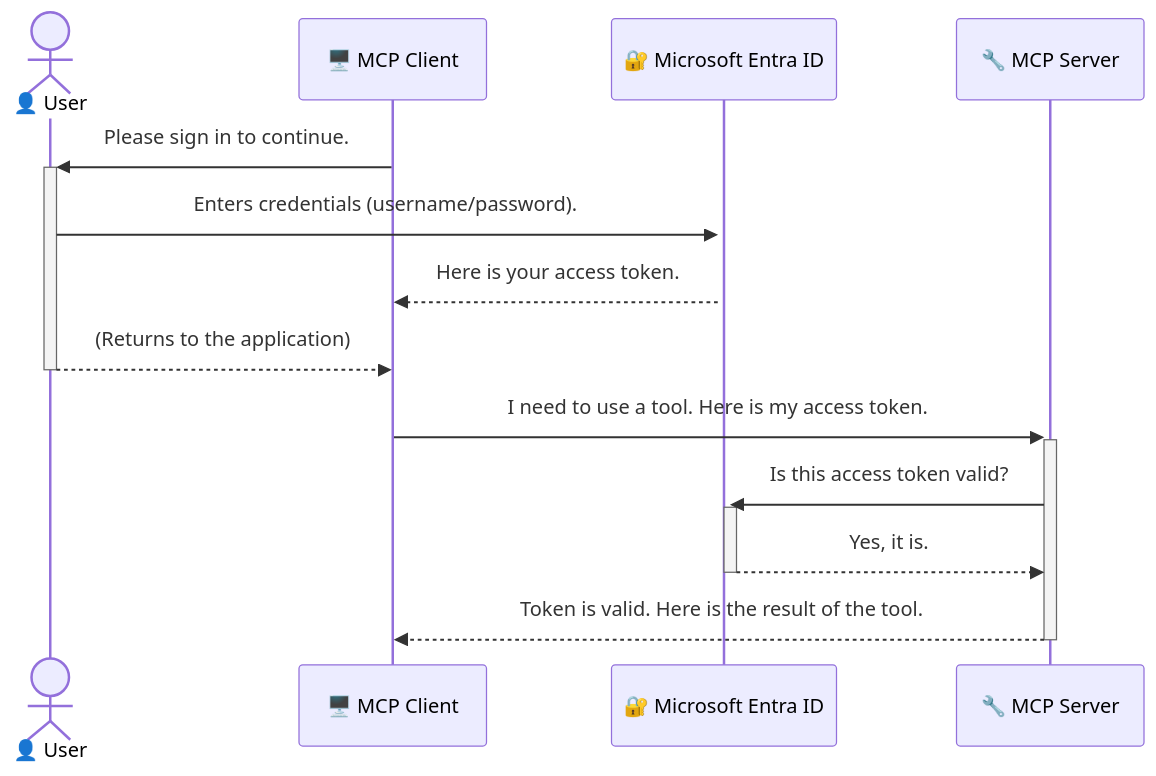
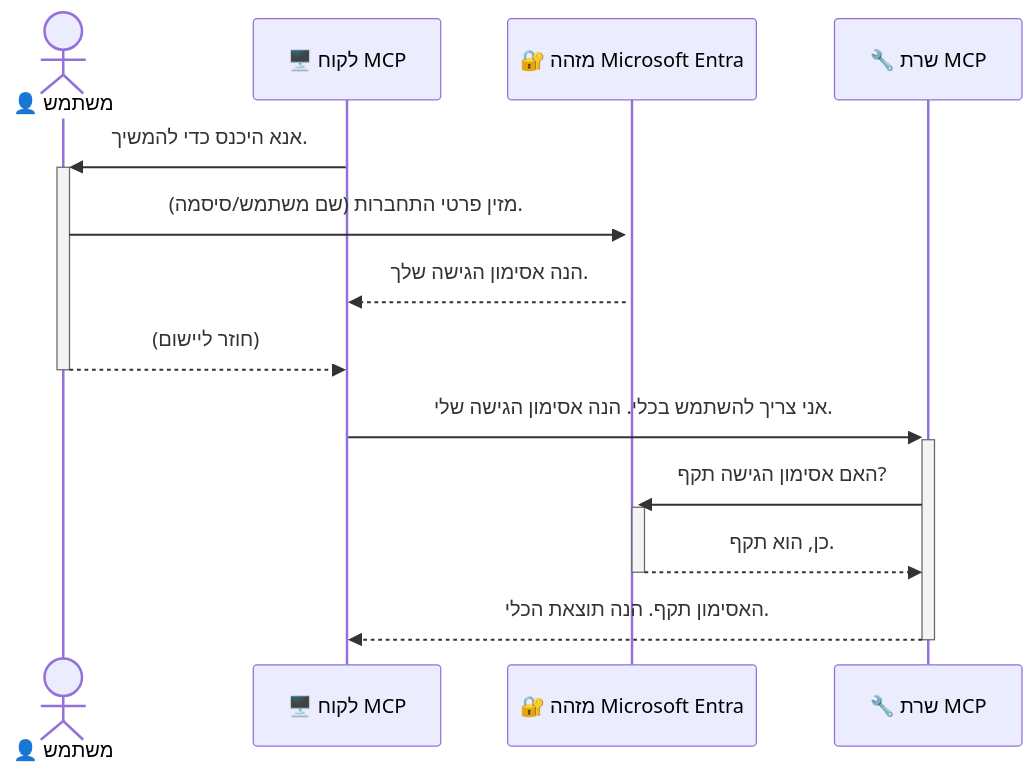
The diagram in mcp_ecosystem__model_context_protocol/mcp_learning_resources/mcp-for-beginners/translations/he/05-AdvancedTopics/mcp-security-entra/README.md (HIDORAKAI002/ai-workspace-archive), drawn with Mermaid before and after one commit. The commit also changed other lines of this file and 1539 other files, not shown here.

Commit message:
chore(sync): Update microsoft/mcp-for-beginners

````diff
--- a/mcp_ecosystem__model_context_protocol/mcp_learning_resources/mcp-for-beginners/translations/he/05-AdvancedTopics/mcp-security-entra/README.md
+++ b/mcp_ecosystem__model_context_protocol/mcp_learning_resources/mcp-for-beginners/translations/he/05-AdvancedTopics/mcp-security-entra/README.md
@@ -55,17 +61,17 @@
 ```mermaid
 sequenceDiagram
-    actor User as 👤 User
-    participant Client as 🖥️ MCP Client
-    participant Entra as 🔐 Microsoft Entra ID
-    participant Server as 🔧 MCP Server
+    actor User as 👤 משתמש
+    participant Client as 🖥️ לקוח MCP
+    participant Entra as 🔐 מזהה Microsoft Entra
+    participant Server as 🔧 שרת MCP
 
-    Client->>+User: Please sign in to continue.
-    User->>+Entra: Enters credentials (username/password).
-    Entra-->>Client: Here is your access token.
-    User-->>-Client: (Returns to the application)
+    Client->>+User: אנא היכנס כדי להמשיך.
+    User->>+Entra: מזין פרטי התחברות (שם משתמש/סיסמה).
+    Entra-->>Client: הנה אסימון הגישה שלך.
+    User-->>-Client: (חוזר ליישום)
 
-    Client->>+Server: I need to use a tool. Here is my access token.
-    Server->>+Entra: Is this access token valid?
-    Entra-->>-Server: Yes, it is.
-    Server-->>-Client: Token is valid. Here is the result of the tool.
+    Client->>+Server: אני צריך להשתמש בכלי. הנה אסימון הגישה שלי.
+    Server->>+Entra: האם אסימון הגישה תקף?
+    Entra-->>-Server: כן, הוא תקף.
+    Server-->>-Client: האסימון תקף. הנה תוצאת הכלי.
 ```
````
